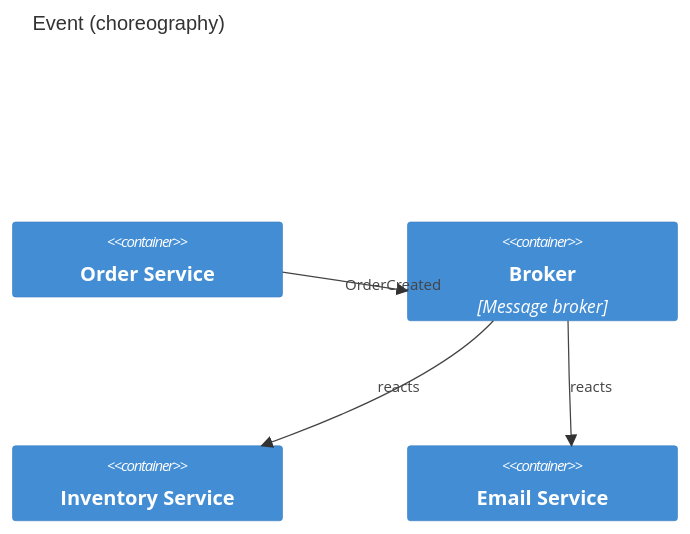
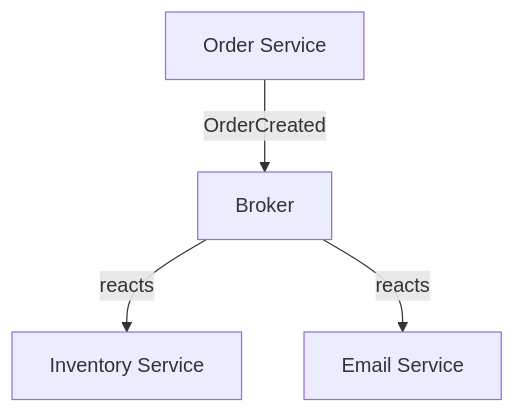
One commit to berTrindade/commands-vs-events changed the second of 3 diagrams in README.md. Above: the diagram before and after it, drawn with Mermaid. The commit also changed other lines of this file, not shown here.

Commit message:
docs: switch diagrams to plain Mermaid flowcharts

````diff
--- a/README.md
+++ b/README.md
@@ -23,11 +19,6 @@
 ```mermaid
-C4Container
-    title Event (choreography)
-    Container(order, "Order Service")
-    Container(broker, "Broker", "Message broker")
-    Container(inventory, "Inventory Service")
-    Container(email, "Email Service")
-    Rel(order, broker, "OrderCreated")
-    Rel(broker, inventory, "reacts")
-    Rel(broker, email, "reacts")
+flowchart TD
+    order["Order Service"] -->|OrderCreated| broker["Broker"]
+    broker -->|reacts| inventory["Inventory Service"]
+    broker -->|reacts| email["Email Service"]
 ```
````
